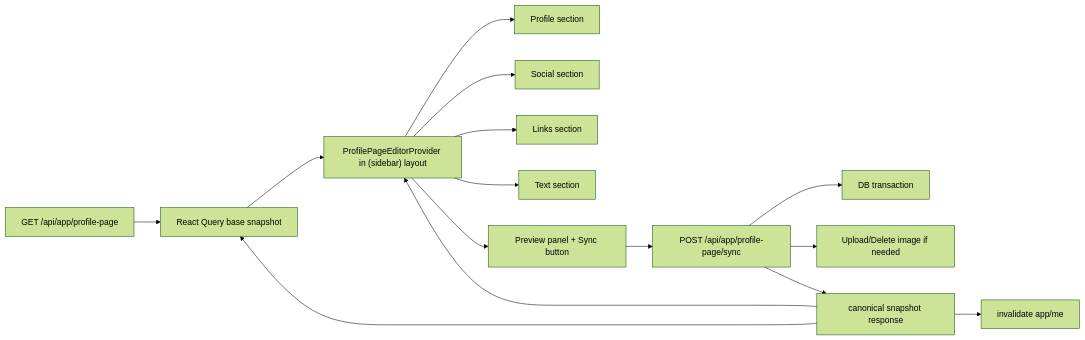
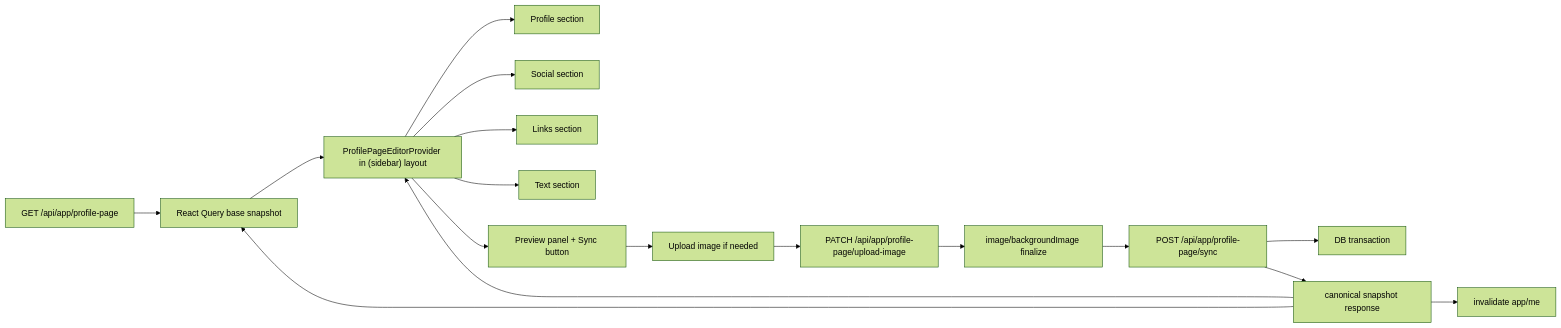
One commit to justhumanb2ing/Harune changed the diagram in docs/plans/2026-04-22-001-feat-profile-page-draft-sync-plan.md. Above: the diagram before and after it, drawn with Mermaid (forest theme). The commit also changed other lines of this file and 18 other files, not shown here.

First line of the commit message:
fix(profile-page): persist uploaded image urls

````diff
--- a/docs/plans/2026-04-22-001-feat-profile-page-draft-sync-plan.md
+++ b/docs/plans/2026-04-22-001-feat-profile-page-draft-sync-plan.md
@@ -121,17 +121,19 @@
 ```mermaid
 flowchart LR
   A["GET /api/app/profile-page"] --> B["React Query base snapshot"]
   B --> C["ProfilePageEditorProvider in (sidebar) layout"]
   C --> D["Profile section"]
   C --> E["Social section"]
   C --> F["Links section"]
   C --> G["Text section"]
   C --> H["Preview panel + Sync button"]
-  H --> I["POST /api/app/profile-page/sync"]
-  I --> J["DB transaction"]
-  I --> K["Upload/Delete image if needed"]
-  I --> L["canonical snapshot response"]
-  L --> C
-  L --> B
-  L --> M["invalidate app/me"]
+  H --> I["Upload image if needed"]
+  I --> J["PATCH /api/app/profile-page/upload-image"]
+  J --> K["image/backgroundImage finalize"]
+  K --> L["POST /api/app/profile-page/sync"]
+  L --> M["DB transaction"]
+  L --> N["canonical snapshot response"]
+  N --> C
+  N --> B
+  N --> O["invalidate app/me"]
 ```
````
